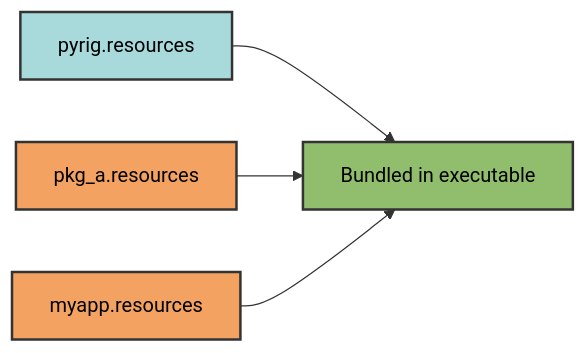
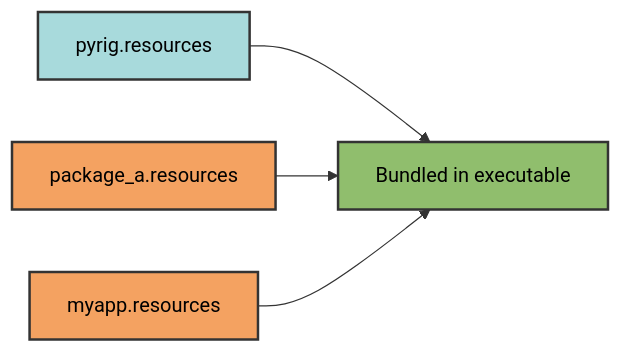
One commit to Winipedia/pyrig changed the second of 2 diagrams in docs/builders/pyinstaller.md. Above: the diagram before and after it, drawn with Mermaid. The commit also changed other lines of this file and 46 other files, not shown here.

Commit message:
pkg to contanat package usage of naming convetion

````diff
--- a/docs/builders/pyinstaller.md
+++ b/docs/builders/pyinstaller.md
@@ -94,11 +94,11 @@
 ```mermaid
 graph LR
     A[pyrig.resources] --> D[Bundled in executable]
-    B[pkg_a.resources] --> D
+    B[package_a.resources] --> D
     C[myapp.resources] --> D
 
     style A fill:#a8dadc,stroke:#333,stroke-width:2px,color:#000
     style B fill:#f4a261,stroke:#333,stroke-width:2px,color:#000
     style C fill:#f4a261,stroke:#333,stroke-width:2px,color:#000
     style D fill:#90be6d,stroke:#333,stroke-width:2px,color:#000
 ```
````
